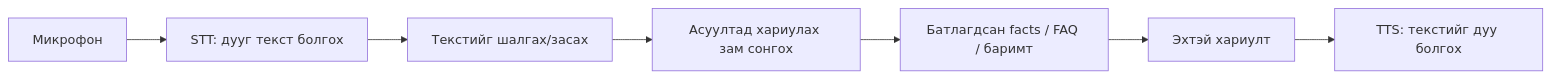
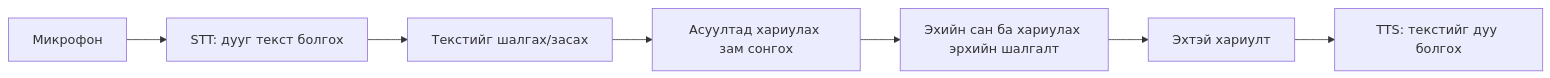
Before and after one commit to sereeindahouse/THesisS: the diagram in CORE/CONCEPTS.mn.md, drawn with Mermaid. The commit also changed other lines of this file and 3 other files, not shown here.

````diff
--- a/CORE/CONCEPTS.mn.md
+++ b/CORE/CONCEPTS.mn.md
@@ -5,9 +9,9 @@
 ```mermaid
 flowchart LR
     A[Микрофон] --> B[STT: дууг текст болгох]
     B --> C[Текстийг шалгах/засах]
     C --> D[Асуултад хариулах зам сонгох]
-    D --> E[Батлагдсан facts / FAQ / баримт]
+    D --> E[Эхийн сан ба хариулах эрхийн шалгалт]
     E --> F[Эхтэй хариулт]
     F --> G[TTS: текстийг дуу болгох]
 ```
````
